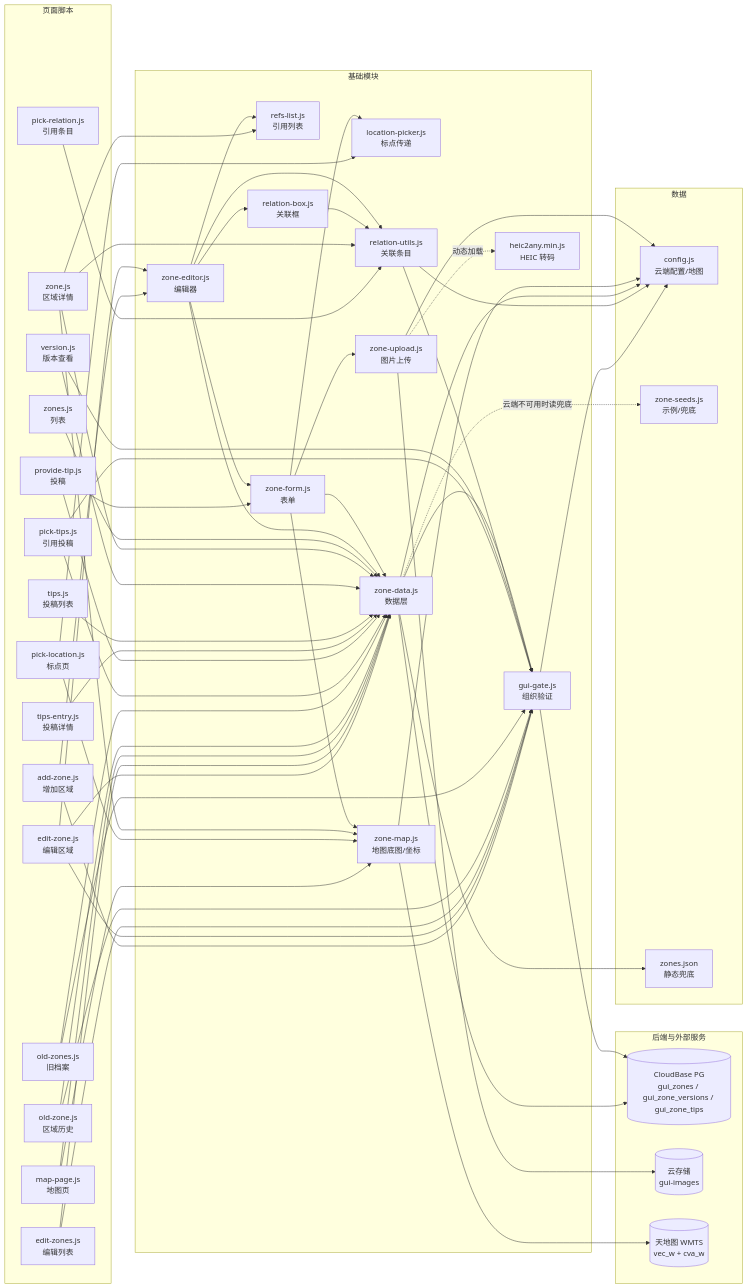
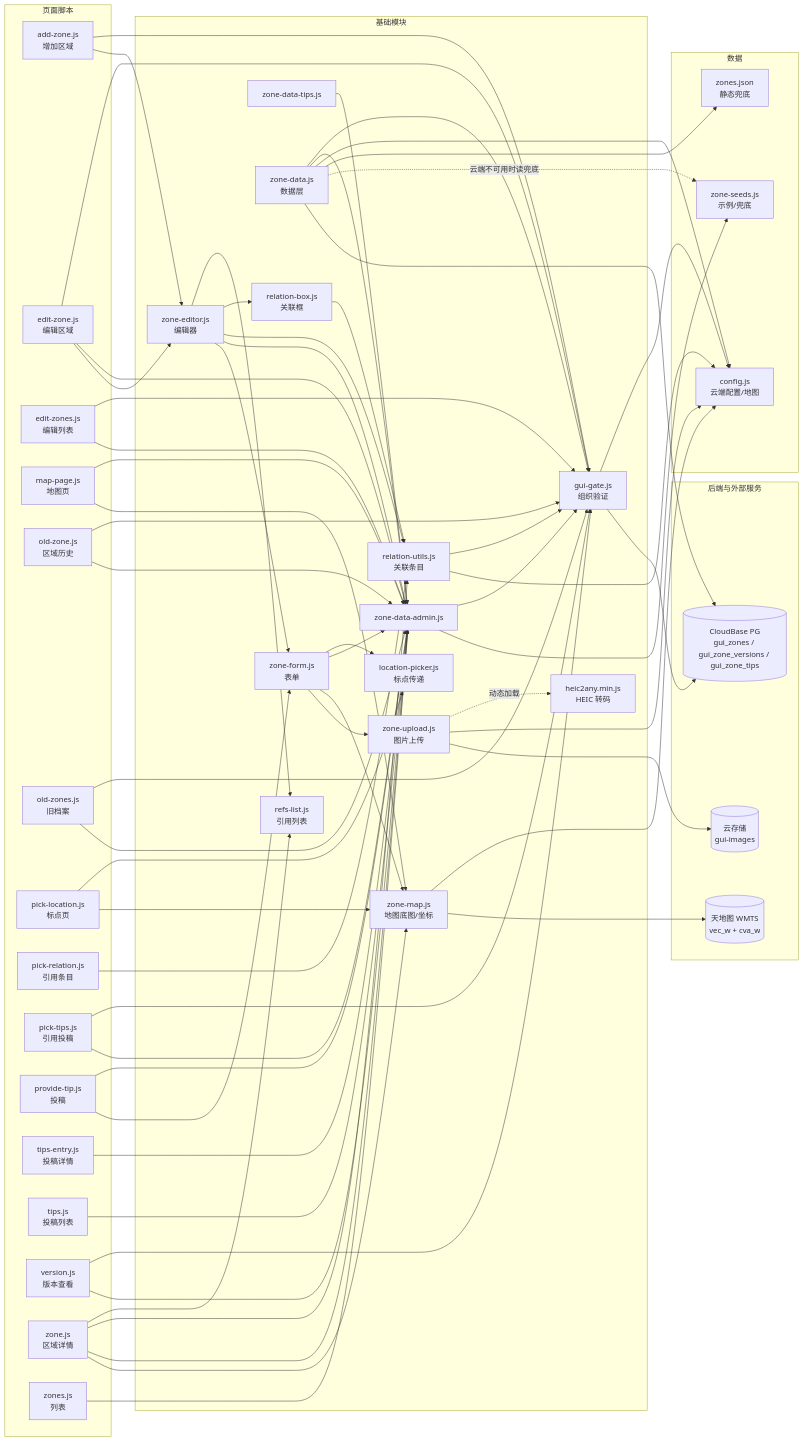
The second of 2 diagrams in quyu/架构.md (cangwu-protect-union/cangwu-protect-union.github.io), drawn with Mermaid before and after one commit. The commit also changed other lines of this file and 111 other files, not shown here.

```diff
--- a/quyu/架构.md
+++ b/quyu/架构.md
@@ -128,6 +128,8 @@
     M_refs_list["refs-list.js<br/>引用列表"]
     M_relation_box["relation-box.js<br/>关联框"]
     M_relation_utils["relation-utils.js<br/>关联条目"]
+    M_zone_data_admin["zone-data-admin.js"]
+    M_zone_data_tips["zone-data-tips.js"]
     M_zone_data["zone-data.js<br/>数据层"]
     M_zone_editor["zone-editor.js<br/>编辑器"]
     M_zone_form["zone-form.js<br/>表单"]
@@ -152,44 +154,47 @@
   S_add_zone --> M_gui_gate
   S_add_zone --> M_zone_editor
   S_edit_zone --> M_gui_gate
-  S_edit_zone --> M_zone_data
+  S_edit_zone --> M_zone_data_admin
   S_edit_zone --> M_zone_editor
   S_edit_zones --> M_gui_gate
-  S_edit_zones --> M_zone_data
-  S_map_page --> M_zone_data
+  S_edit_zones --> M_zone_data_admin
+  S_map_page --> M_zone_data_admin
   S_map_page --> M_zone_map
   S_old_zone --> M_gui_gate
-  S_old_zone --> M_zone_data
+  S_old_zone --> M_zone_data_admin
   S_old_zones --> M_gui_gate
-  S_old_zones --> M_zone_data
+  S_old_zones --> M_zone_data_admin
   S_pick_location --> M_location_picker
   S_pick_location --> M_zone_map
   S_pick_relation --> M_relation_utils
   S_pick_tips --> M_gui_gate
-  S_pick_tips --> M_zone_data
-  S_provide_tip --> M_zone_data
+  S_pick_tips --> M_zone_data_admin
+  S_provide_tip --> M_zone_data_admin
   S_provide_tip --> M_zone_form
-  S_tips_entry --> M_zone_data
-  S_tips --> M_zone_data
+  S_tips_entry --> M_zone_data_admin
+  S_tips --> M_zone_data_admin
   S_version --> M_gui_gate
-  S_version --> M_zone_data
+  S_version --> M_zone_data_admin
   S_zone --> M_refs_list
   S_zone --> M_relation_utils
-  S_zone --> M_zone_data
+  S_zone --> M_zone_data_admin
   S_zone --> M_zone_map
-  S_zones --> M_zone_data
+  S_zones --> M_zone_data_admin
 
   %% 基础模块之间的依赖
   M_relation_box --> M_relation_utils
   M_relation_utils --> M_gui_gate
+  M_zone_data_admin --> M_gui_gate
+  M_zone_data_tips --> M_zone_data_admin
   M_zone_data --> M_gui_gate
+  M_zone_data --> M_zone_data_admin
   M_zone_editor --> M_refs_list
   M_zone_editor --> M_relation_box
   M_zone_editor --> M_relation_utils
-  M_zone_editor --> M_zone_data
+  M_zone_editor --> M_zone_data_admin
   M_zone_editor --> M_zone_form
   M_zone_form --> M_location_picker
-  M_zone_form --> M_zone_data
+  M_zone_form --> M_zone_data_admin
   M_zone_form --> M_zone_map
   M_zone_form --> M_zone_upload
   M_zone_upload -.动态加载.-> M_heic
@@ -197,6 +202,7 @@
   %% 配置与兜底数据
   M_gui_gate --> D_config
   M_relation_utils --> D_config
+  M_zone_data_admin --> D_zone_seeds
   M_zone_data --> D_config
   M_zone_map --> D_config
   M_zone_upload --> D_config
```
